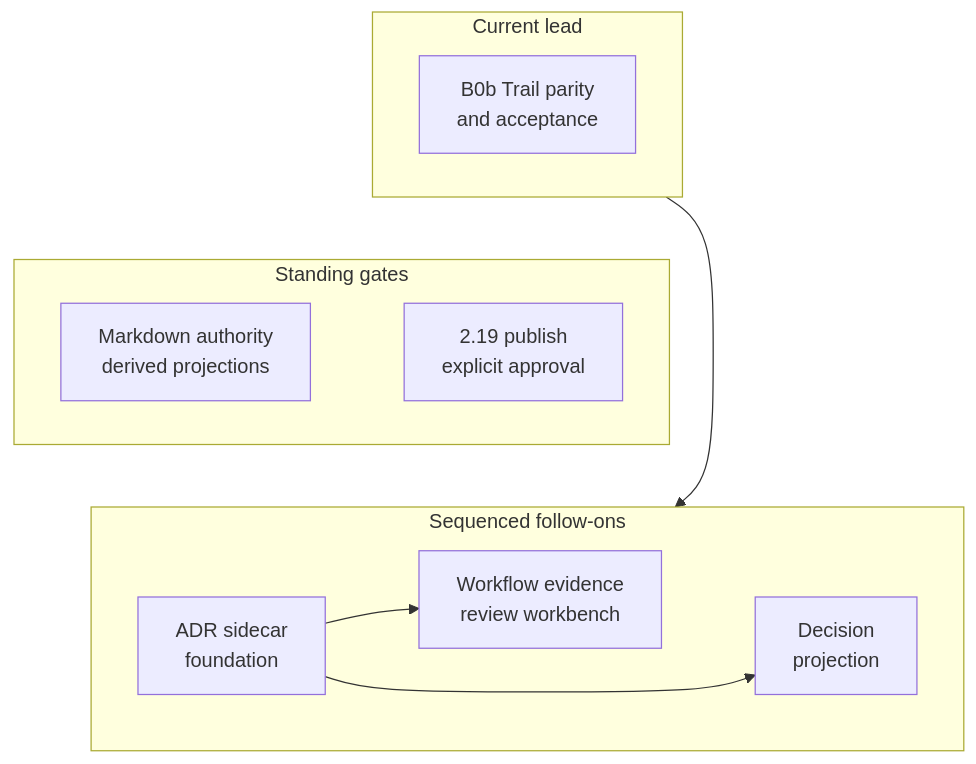
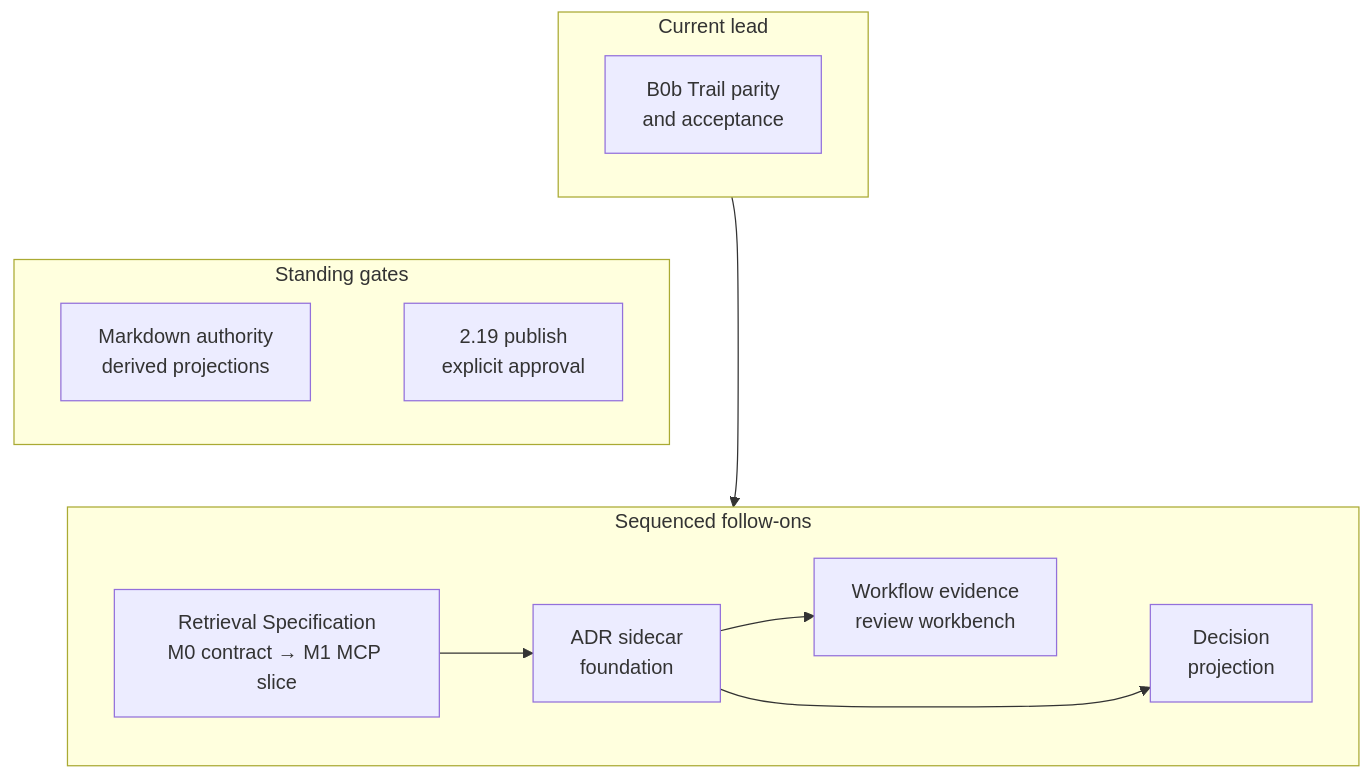
Before and after one commit to jnl-tshi/memory-seed: diagram 24 of 24 in docs/3_Spec/functionality-audit.md, drawn with Mermaid. The commit also changed other lines of this file and 5 other files, not shown here.

````diff
--- a/docs/3_Spec/functionality-audit.md
+++ b/docs/3_Spec/functionality-audit.md
@@ -1180,20 +1183,23 @@
 ```mermaid
 graph TD
   subgraph CurrentTier["Current lead"]
     direction LR
     B0B["B0b Trail parity<br>and acceptance"]
   end
   subgraph GuardTier["Standing gates"]
     direction LR
     QUALITY["Markdown authority<br>derived projections"] ~~~ RELEASE["2.19 publish<br>explicit approval"]
   end
   subgraph FollowOnTier["Sequenced follow-ons"]
     direction LR
+    RETSPEC["Retrieval Specification<br>M0 contract → M1 MCP slice"]
     SEM["ADR sidecar<br>foundation"] ~~~ REVIEW["Workflow evidence<br>review workbench"] ~~~ PROJ["Decision<br>projection"]
   end
   CurrentTier ~~~ GuardTier
   GuardTier ~~~ FollowOnTier
+  B0B ~~~ RETSPEC
+  RETSPEC --> SEM
   B0B --> SEM
   SEM --> REVIEW
   SEM --> PROJ
 ```
````
